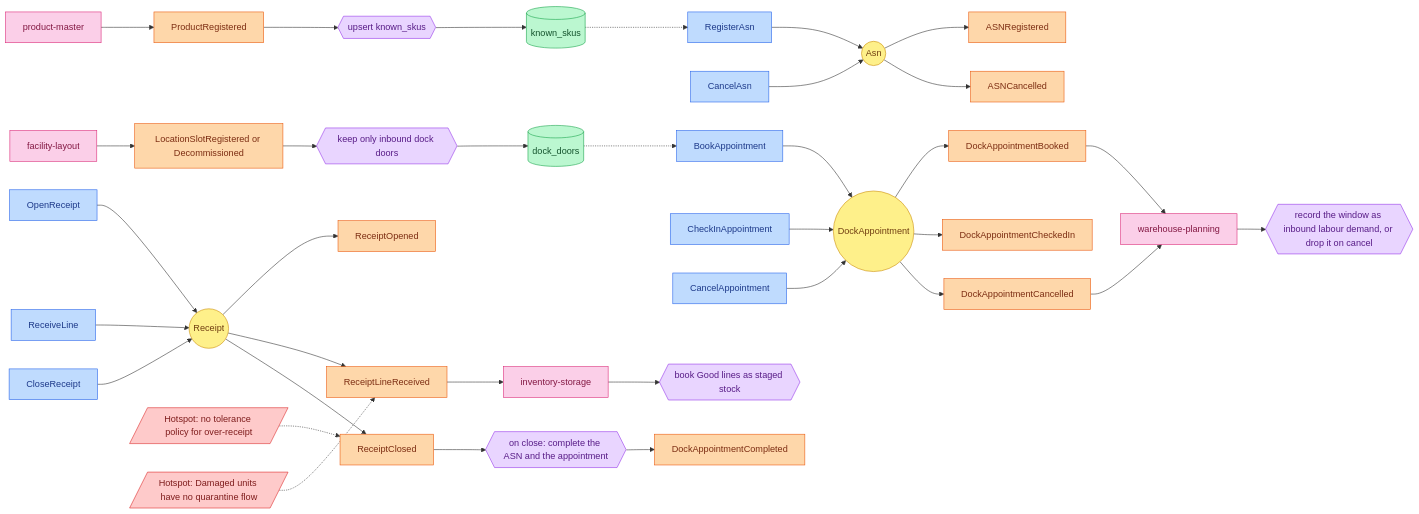
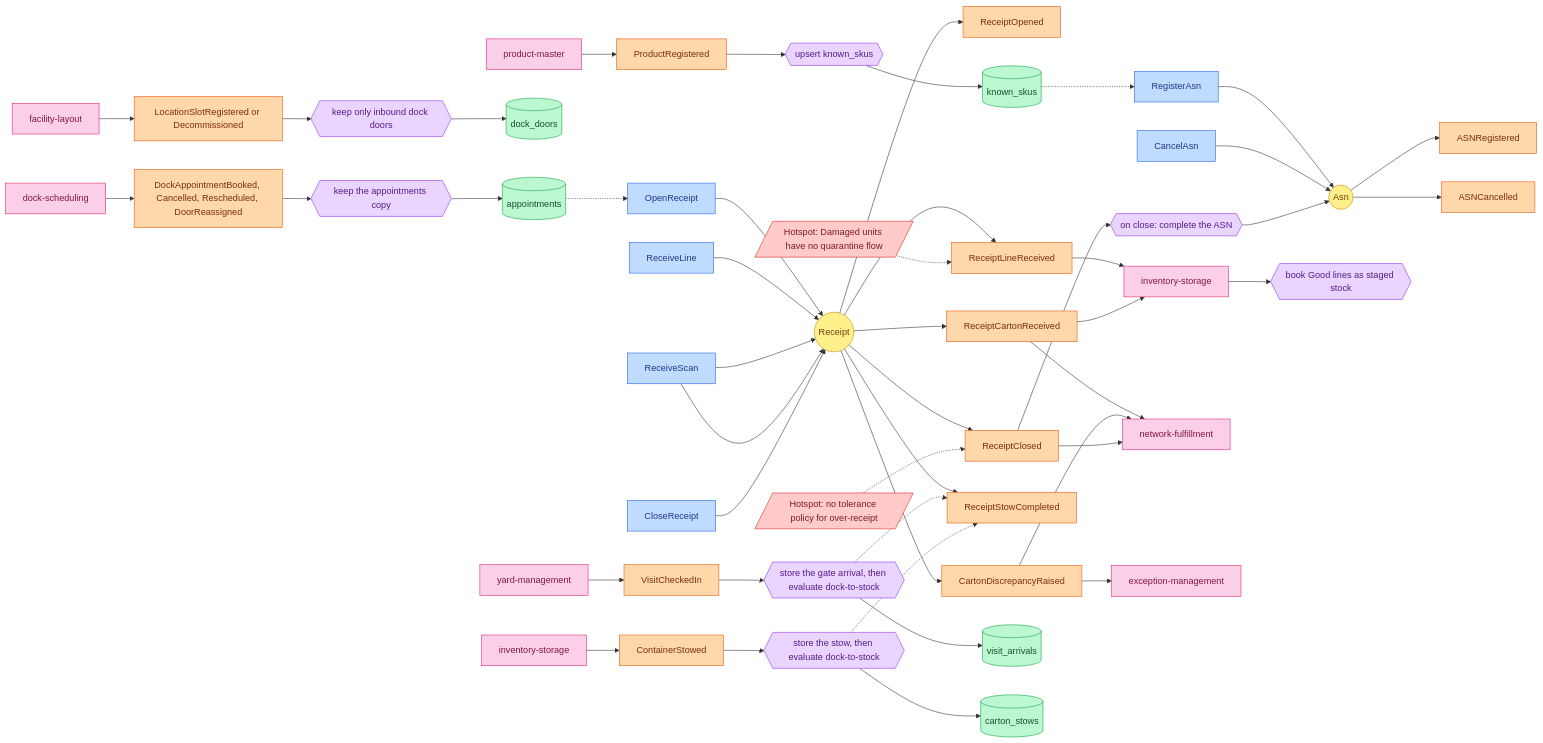
The diagram in docs/contexts/inbound-receiving/eventstorming.md (IQVO/warehouse-docs), drawn with Mermaid before and after one commit. The commit also changed other lines of this file and 16 other files, not shown here.

````diff
--- a/docs/contexts/inbound-receiving/eventstorming.md
+++ b/docs/contexts/inbound-receiving/eventstorming.md
@@ -26,35 +26,42 @@
 ```mermaid
 flowchart LR
   classDef cmd fill:#bfdbfe,stroke:#2563eb,color:#1e3a8a
   classDef agg fill:#fef08a,stroke:#ca8a04,color:#713f12
   classDef evt fill:#fed7aa,stroke:#ea580c,color:#7c2d12
   classDef pol fill:#e9d5ff,stroke:#9333ea,color:#581c87
   classDef rm fill:#bbf7d0,stroke:#16a34a,color:#14532d
   classDef ext fill:#fbcfe8,stroke:#db2777,color:#831843
   classDef hot fill:#fecaca,stroke:#dc2626,color:#7f1d1d
 
   C1[RegisterAsn]:::cmd --> A1((Asn)):::agg --> E1[ASNRegistered]:::evt
   C2[CancelAsn]:::cmd --> A1 --> E2[ASNCancelled]:::evt
-  C3[BookAppointment]:::cmd --> A2((DockAppointment)):::agg --> E3[DockAppointmentBooked]:::evt
-  C4[CheckInAppointment]:::cmd --> A2 --> E4[DockAppointmentCheckedIn]:::evt
-  C5[CancelAppointment]:::cmd --> A2 --> E5[DockAppointmentCancelled]:::evt
   C6[OpenReceipt]:::cmd --> A3((Receipt)):::agg --> E6[ReceiptOpened]:::evt
   C7[ReceiveLine]:::cmd --> A3 --> E7[ReceiptLineReceived]:::evt
+  C9[ReceiveScan]:::cmd --> A3 --> E12[ReceiptCartonReceived]:::evt
+  C9 --> A3 --> E13[CartonDiscrepancyRaised]:::evt
   C8[CloseReceipt]:::cmd --> A3 --> E8[ReceiptClosed]:::evt
-  E8 --> P1{{"on close: complete the ASN and the appointment"}}:::pol
-  P1 --> E9[DockAppointmentCompleted]:::evt
+  E8 --> P1{{"on close: complete the ASN"}}:::pol
+  P1 --> A1
+  A3 --> E14[ReceiptStowCompleted]:::evt
 
   X1[product-master]:::ext --> E10[ProductRegistered]:::evt --> P2{{"upsert known_skus"}}:::pol --> R1[(known_skus)]:::rm
   X2[facility-layout]:::ext --> E11[LocationSlotRegistered or Decommissioned]:::evt --> P3{{"keep only inbound dock doors"}}:::pol --> R2[(dock_doors)]:::rm
+  X5[dock-scheduling]:::ext --> E15[DockAppointmentBooked, Cancelled, Rescheduled, DoorReassigned]:::evt --> P6{{"keep the appointments copy"}}:::pol --> R3[(appointments)]:::rm
+  X6[yard-management]:::ext --> E16[VisitCheckedIn]:::evt --> P7{{"store the gate arrival, then evaluate dock-to-stock"}}:::pol --> R4[(visit_arrivals)]:::rm
+  X7[inventory-storage]:::ext --> E17[ContainerStowed]:::evt --> P8{{"store the stow, then evaluate dock-to-stock"}}:::pol --> R5[(carton_stows)]:::rm
+  P7 -.-> E14
+  P8 -.-> E14
   R1 -.-> C1
-  R2 -.-> C3
+  R3 -.-> C6
 
   E7 --> X3[inventory-storage]:::ext
   X3 --> P4{{"book Good lines as staged stock"}}:::pol
-  E3 --> X4[warehouse-planning]:::ext
-  E5 --> X4
-  X4 --> P5{{"record the window as inbound labour demand, or drop it on cancel"}}:::pol
+  E12 --> X3
+  E12 --> X8[network-fulfillment]:::ext
+  E13 --> X8
+  E13 --> X9[exception-management]:::ext
+  E8 --> X8
 
   H1[/"Hotspot: no tolerance policy for over-receipt"/]:::hot -.-> E8
   H2[/"Hotspot: Damaged units have no quarantine flow"/]:::hot -.-> E7
 ```
````
